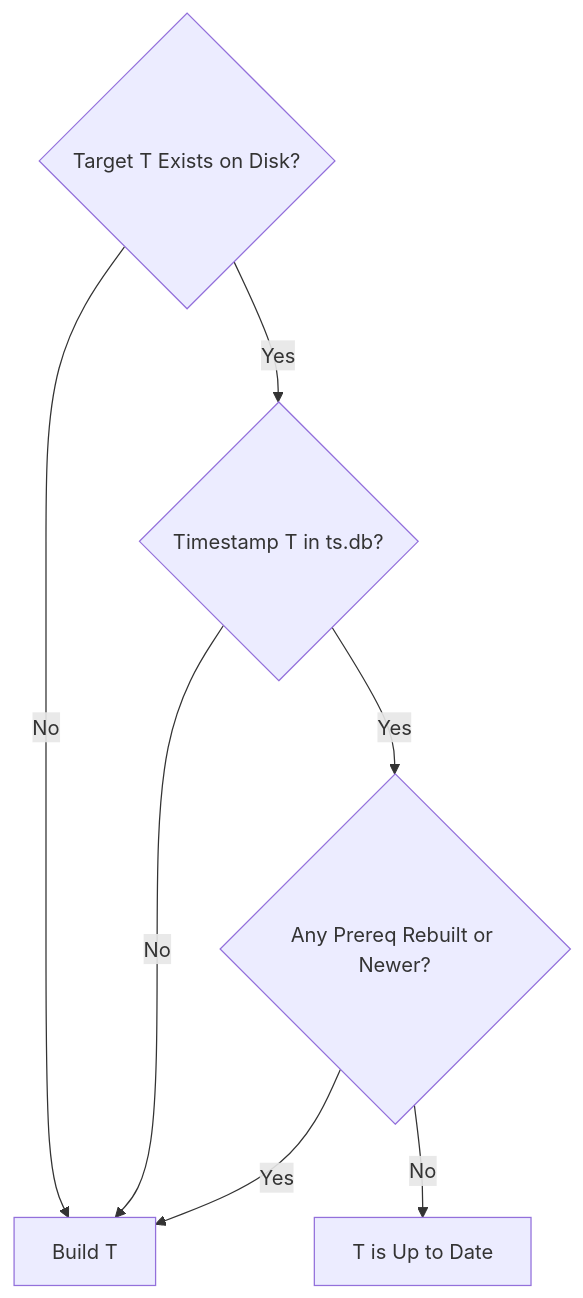
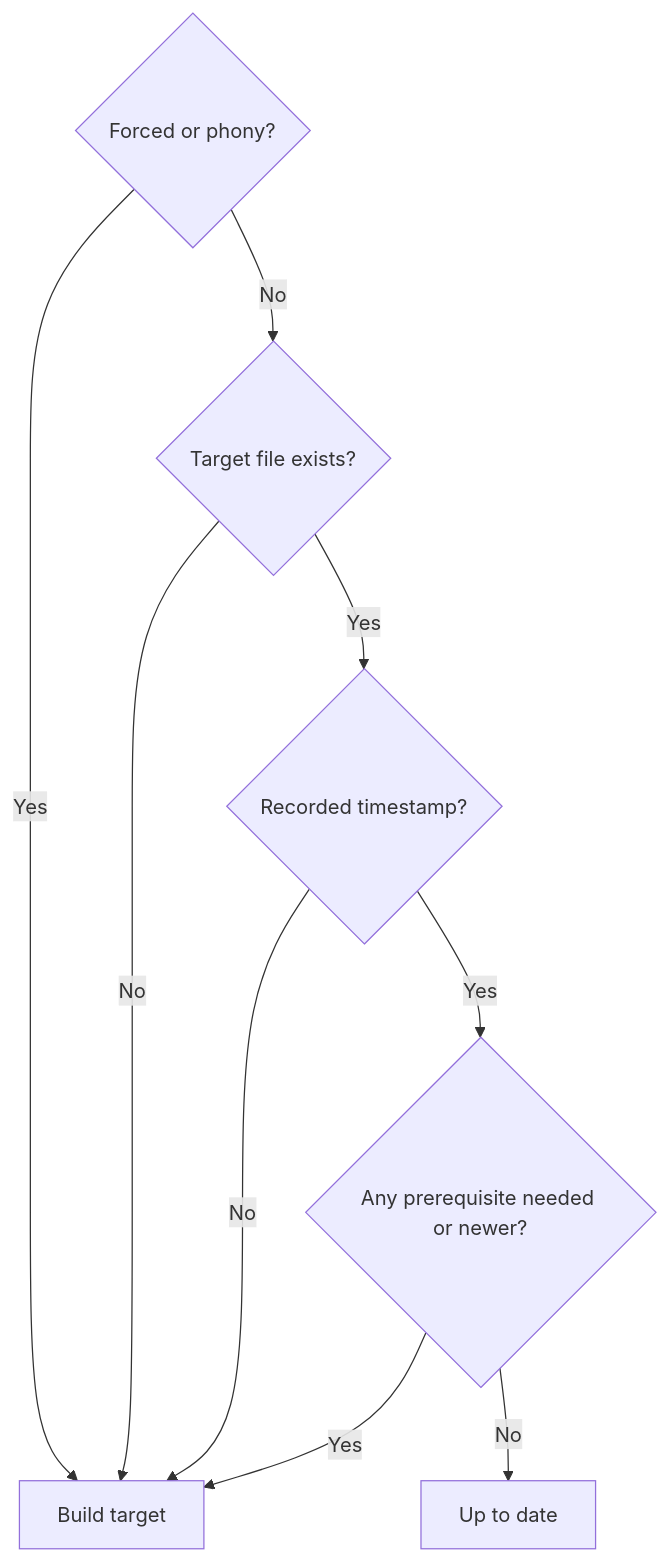
One commit to tsupplis/cpm86-make changed the third of 3 diagrams in README.md. Above: the diagram before and after it, drawn with Mermaid. The commit also changed other lines of this file and 2 other files, not shown here.

````diff
--- a/README.md
+++ b/README.md
@@ -229,9 +214,11 @@
 ```mermaid
 flowchart TD
-    T{Target T Exists on Disk?} -->|No| Build[Build T]
-    T -->|Yes| S{Timestamp T in ts.db?}
+    A{Forced or phony?} -->|Yes| Build[Build target]
+    A -->|No| T{Target file exists?}
+    T -->|No| Build
+    T -->|Yes| S{Recorded timestamp?}
     S -->|No| Build
-    S -->|Yes| P{Any Prereq Rebuilt or Newer?}
+    S -->|Yes| P{Any prerequisite needed or newer?}
     P -->|Yes| Build
-    P -->|No| OK[T is Up to Date]
+    P -->|No| OK[Up to date]
 ```
````
